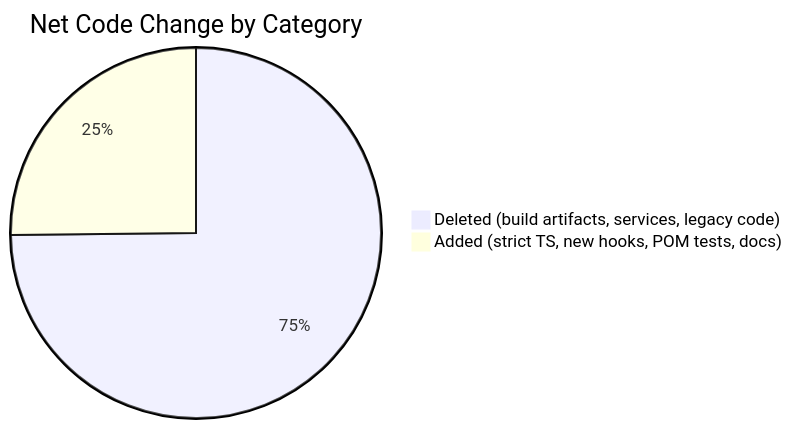
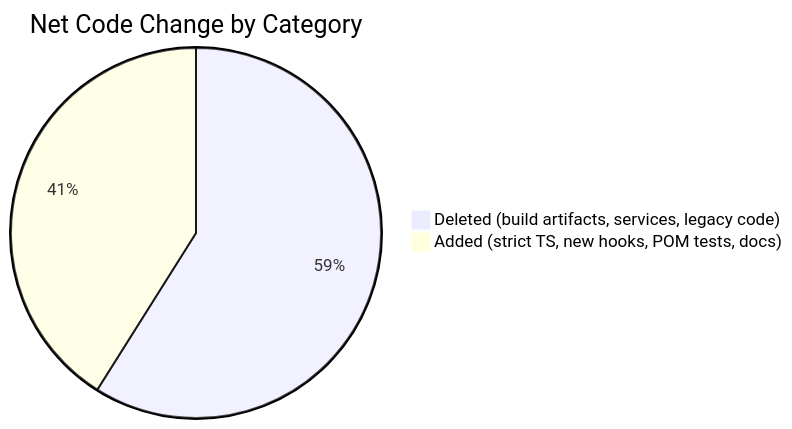
The first of 7 diagrams in PR_DESCRIPTION_DRAFT.md (JoelA510/PlanterPlan-Alpha), drawn with Mermaid before and after one commit. The commit also changed other lines of this file, not shown here.

````diff
--- a/PR_DESCRIPTION_DRAFT.md
+++ b/PR_DESCRIPTION_DRAFT.md
@@ -19,5 +19,5 @@
 ```mermaid
 pie title Net Code Change by Category
-    "Deleted (build artifacts, services, legacy code)" : 15808
-    "Added (strict TS, new hooks, POM tests, docs)" : 5317
+    "Deleted (build artifacts, services, legacy code)" : 24354
+    "Added (strict TS, new hooks, POM tests, docs)" : 16964
 ```
````
